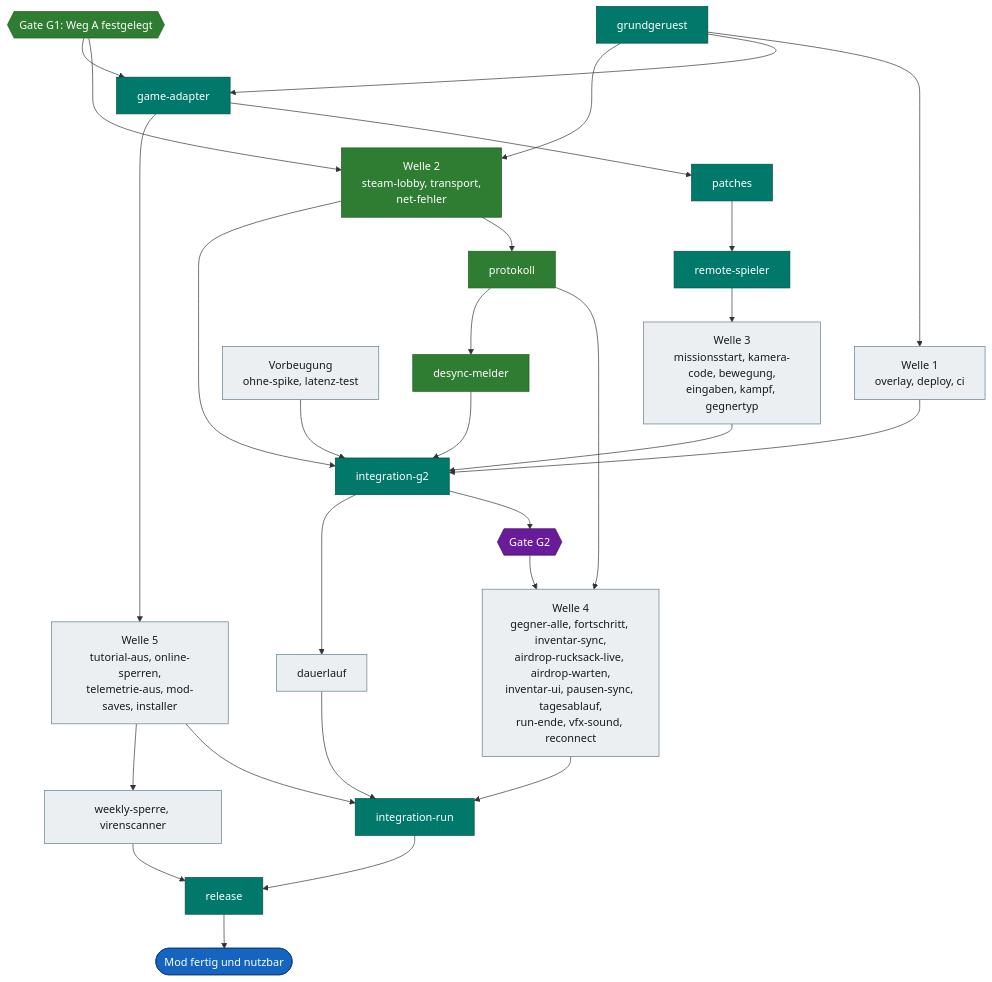
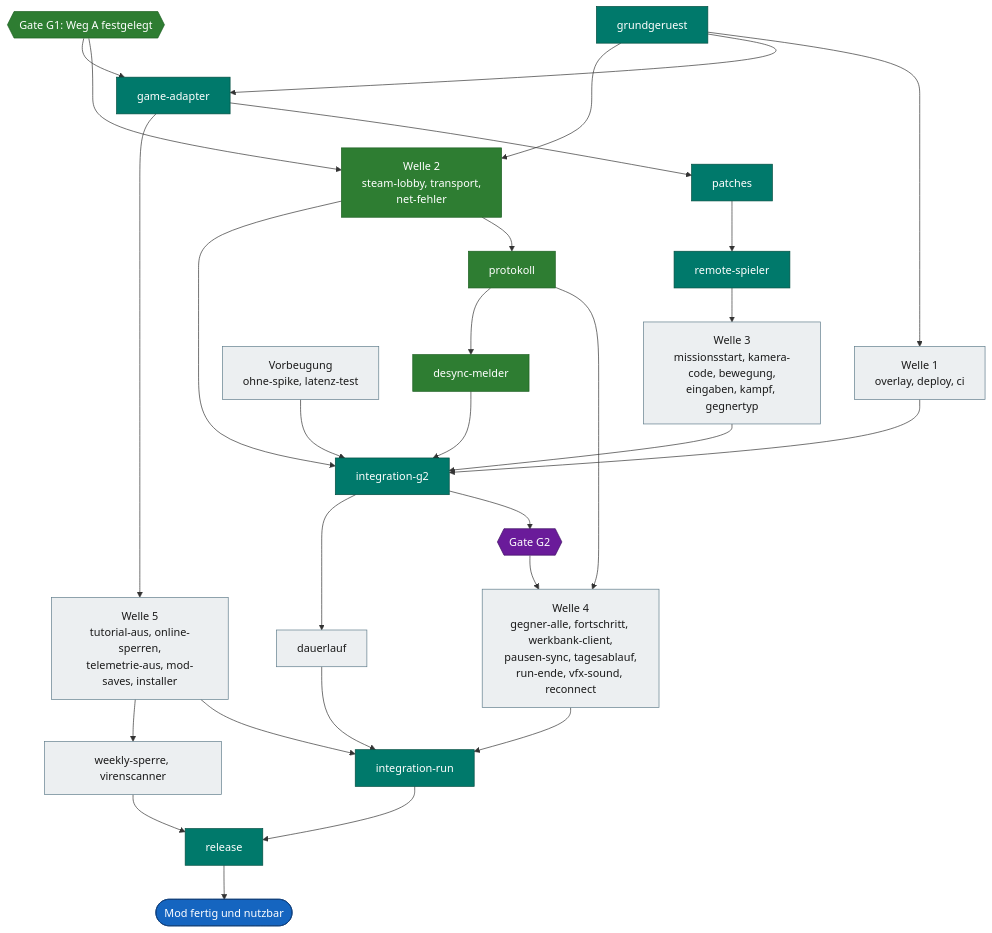
One commit to VitaminStack/Deadly-Days-Roadtrip-Multiplayer-Mod changed the fourth of 4 diagrams in docs/ROADMAP.md. Above: the diagram before and after it, drawn with Mermaid. The commit also changed other lines of this file and 8 other files, not shown here.

First line of the commit message:
inventar-abschluss: inventar-sync und inventar-ui geschlossen, Werkbank als werkbank-client (#130)

````diff
--- a/docs/ROADMAP.md
+++ b/docs/ROADMAP.md
@@ -296,32 +298,32 @@
 ```mermaid
 flowchart TD
     GR["grundgeruest"]:::central --> W1["Welle 1<br/>overlay, deploy, ci"]:::open
     GR --> GA["game-adapter"]:::central
     G1{{"Gate G1: Weg A festgelegt"}}:::done --> W2["Welle 2<br/>steam-lobby, transport,<br/>net-fehler"]:::done
     GR --> W2
     G1 --> GA
     GA --> PT["patches"]:::central --> RS["remote-spieler"]:::central
     GA --> W5["Welle 5<br/>tutorial-aus, online-sperren,<br/>telemetrie-aus, mod-saves, installer"]:::open
     RS --> W3["Welle 3<br/>missionsstart, kamera-code, bewegung,<br/>eingaben, kampf, gegnertyp"]:::open
     W1 --> IG["integration-g2"]:::central
     W2 --> PR["protokoll"]:::done
     W2 --> IG
     W3 --> IG
     IG --> G2{{"Gate G2"}}:::gate
-    PR --> W4["Welle 4<br/>gegner-alle, fortschritt, inventar-sync,<br/>airdrop-rucksack-live, airdrop-warten,<br/>inventar-ui, pausen-sync, tagesablauf,<br/>run-ende, vfx-sound, reconnect"]:::open
+    PR --> W4["Welle 4<br/>gegner-alle, fortschritt, werkbank-client,<br/>pausen-sync, tagesablauf,<br/>run-ende, vfx-sound, reconnect"]:::open
     G2 --> W4
     W4 --> IR["integration-run"]:::central
     W5 --> IR
     RV["Vorbeugung<br/>ohne-spike, latenz-test"]:::open --> IG
     PR --> DS["desync-melder"]:::done --> IG
     IG --> DL["dauerlauf"]:::open --> IR
     W5 --> W6["weekly-sperre, virenscanner"]:::open --> RL
     IR --> RL["release"]:::central
     RL --> Z(["Mod fertig und nutzbar"]):::goal
 
     classDef done fill:#2e7d32,stroke:#1b5e20,color:#ffffff
     classDef central fill:#00796b,stroke:#004d40,color:#ffffff
     classDef open fill:#eceff1,stroke:#607d8b,color:#1a1a1a
     classDef gate fill:#6a1b9a,stroke:#3e1163,color:#ffffff
     classDef goal fill:#1565c0,stroke:#0d3c78,color:#ffffff
 ```
````
